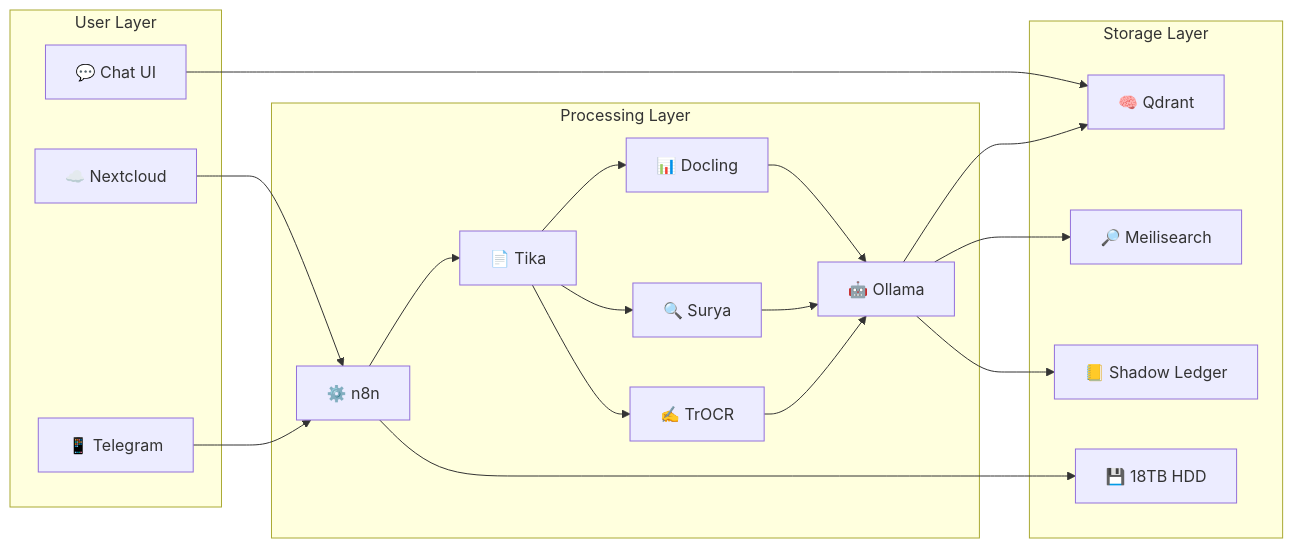
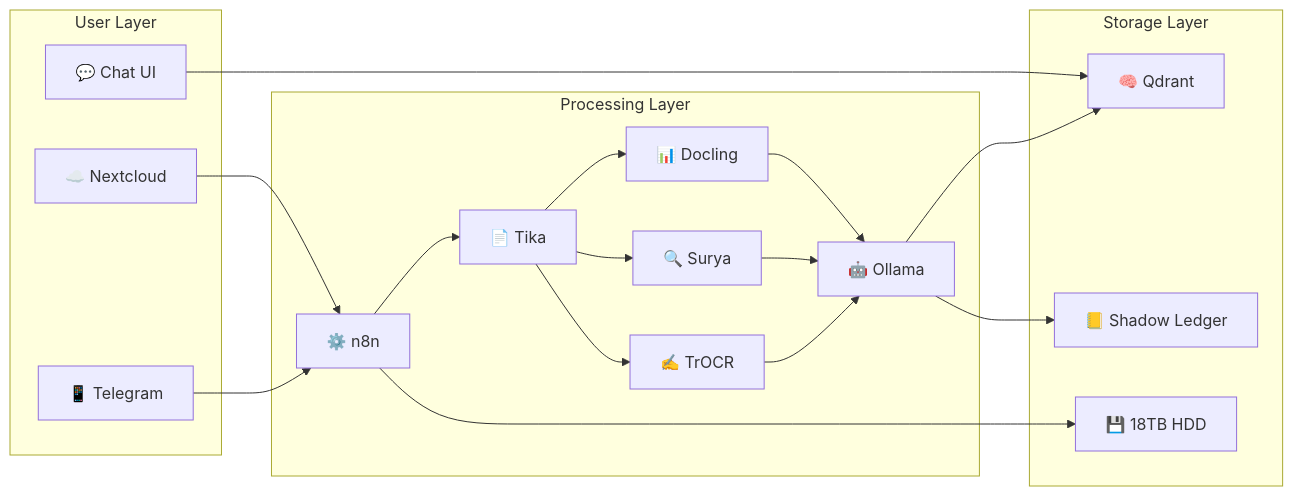
Before and after one commit to MasterofMakros/AI-Dataanalyzer-Researcher-: the diagram in docs/project/overview_2025.md, drawn with Mermaid. The commit also changed other lines of this file and 59 other files, not shown here.

````diff
--- a/docs/project/overview_2025.md
+++ b/docs/project/overview_2025.md
@@ -28,41 +28,39 @@
 ```mermaid
 flowchart LR
     subgraph "User Layer"
         NC[☁️ Nextcloud]
         TG[📱 Telegram]
         Chat[💬 Chat UI]
     end
 
     subgraph "Processing Layer"
         n8n[⚙️ n8n]
         Tika[📄 Tika]
         Docling[📊 Docling]
         Surya[🔍 Surya]
         TrOCR[✍️ TrOCR]
         Ollama[🤖 Ollama]
     end
 
     subgraph "Storage Layer"
         Qdrant[🧠 Qdrant]
-        Meili[🔎 Meilisearch]
         SQLite[📒 Shadow Ledger]
         HDD[💾 18TB HDD]
     end
 
     NC --> n8n
     TG --> n8n
     Chat --> Qdrant
     
     n8n --> Tika
     Tika --> Docling
     Tika --> Surya
     Tika --> TrOCR
     Docling --> Ollama
     Surya --> Ollama
     TrOCR --> Ollama
     
     Ollama --> Qdrant
-    Ollama --> Meili
     Ollama --> SQLite
     n8n --> HDD
 ```
````
